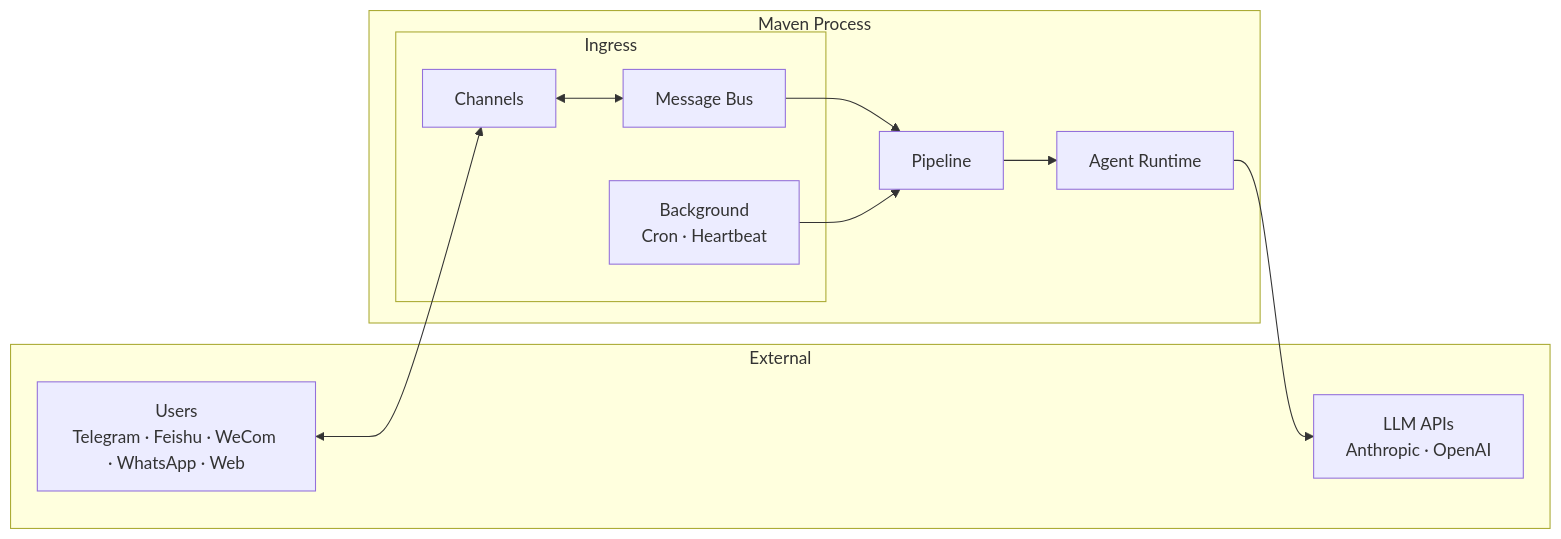
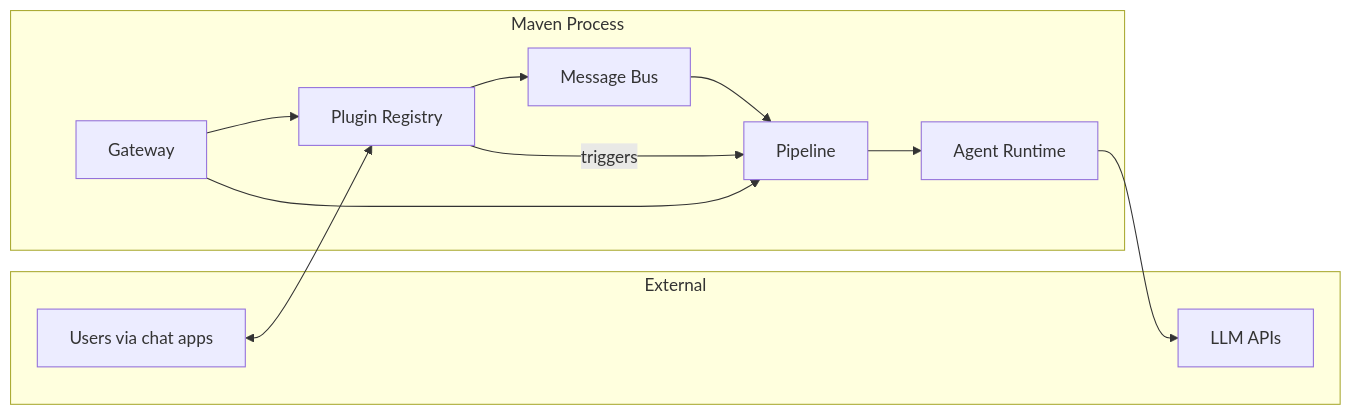
The first of 2 diagrams in docs/architecture.md (ageneralai/maven), drawn with Mermaid before and after one commit. The commit also changed other lines of this file and 309 other files, not shown here.

````diff
--- a/docs/architecture.md
+++ b/docs/architecture.md
@@ -35,24 +13,22 @@
 ```mermaid
 flowchart LR
     subgraph External
-        Users[Users<br/>Telegram · Feishu · WeCom · WhatsApp · Web]
-        LLM[LLM APIs<br/>Anthropic · OpenAI]
+        Users[Users via chat apps]
+        LLM[LLM APIs]
     end
-
     subgraph "Maven Process"
-        subgraph Ingress
-            CH[Channels]
-            BUS[Message Bus]
-            BG[Background<br/>Cron · Heartbeat]
-        end
+        GW[Gateway]
+        PLG[Plugin Registry]
+        BUS[Message Bus]
         PIPE[Pipeline]
         RT[Agent Runtime]
     end
-
-    Users <--> CH
-    CH <--> BUS
+    Users <--> PLG
+    PLG --> BUS
     BUS --> PIPE
-    BG --> PIPE
+    PLG -->|triggers| PIPE
     PIPE --> RT
     RT --> LLM
+    GW --> PLG
+    GW --> PIPE
 ```
````
